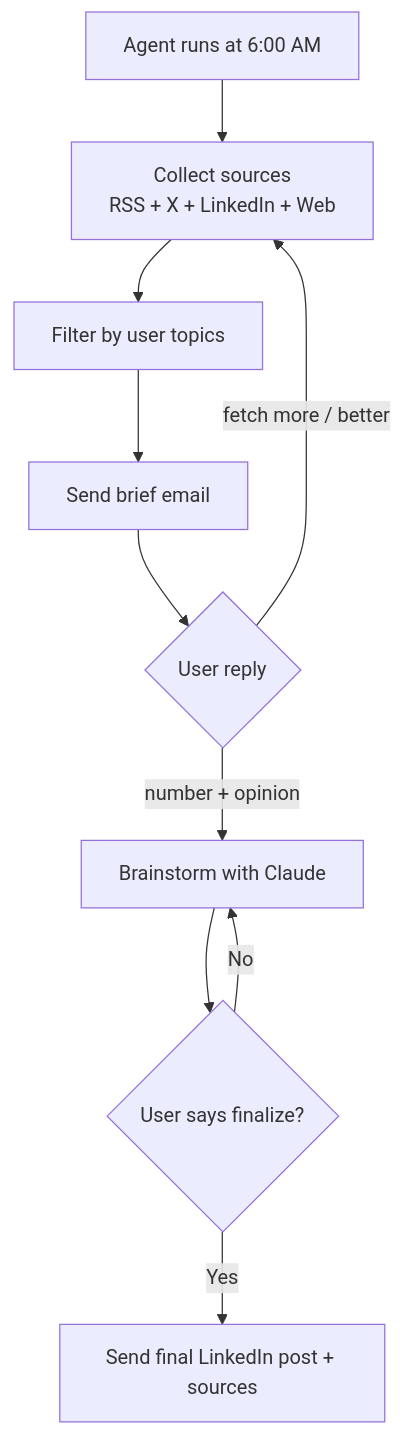
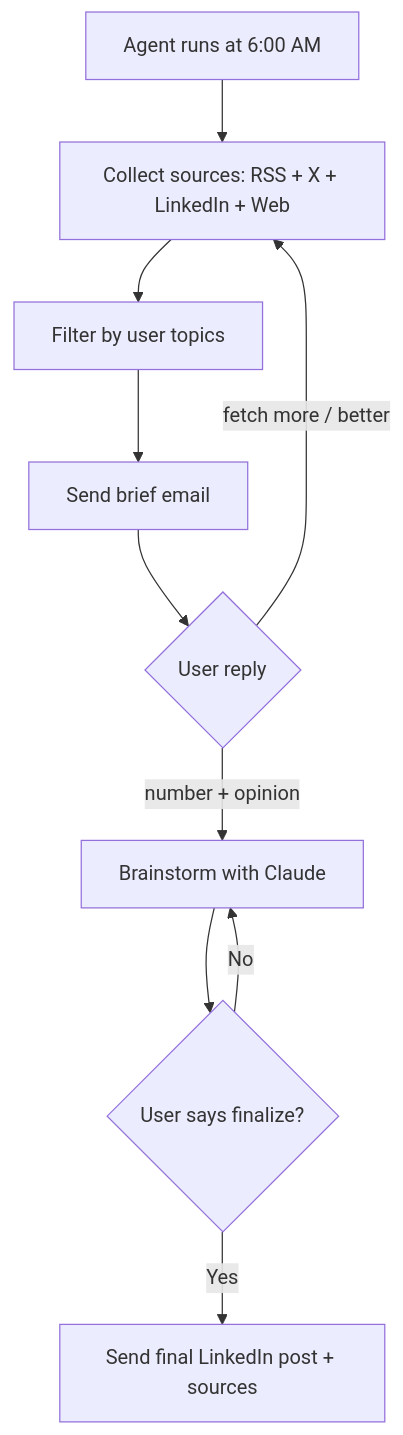
Before and after one commit to AnjanaG/content-Agent: the diagram in README.md, drawn with Mermaid. The commit also changed other lines of this file, not shown here.

Commit message:
Update README: add architecture decisions section

````diff
--- a/README.md
+++ b/README.md
@@ -57,12 +49,12 @@
 ```mermaid
 flowchart TD
-    A[Agent runs at 6:00 AM] --> B[Collect sources<br/>RSS + X + LinkedIn + Web]
+    A[Agent runs at 6:00 AM] --> B[Collect sources: RSS + X + LinkedIn + Web]
     B --> C[Filter by user topics]
     C --> D[Send brief email]
     D --> E{User reply}
     E -->|number + opinion| F[Brainstorm with Claude]
     E -->|fetch more / better| B
     F --> G{User says finalize?}
     G -->|No| F
     G -->|Yes| H[Send final LinkedIn post + sources]
 ```
````
